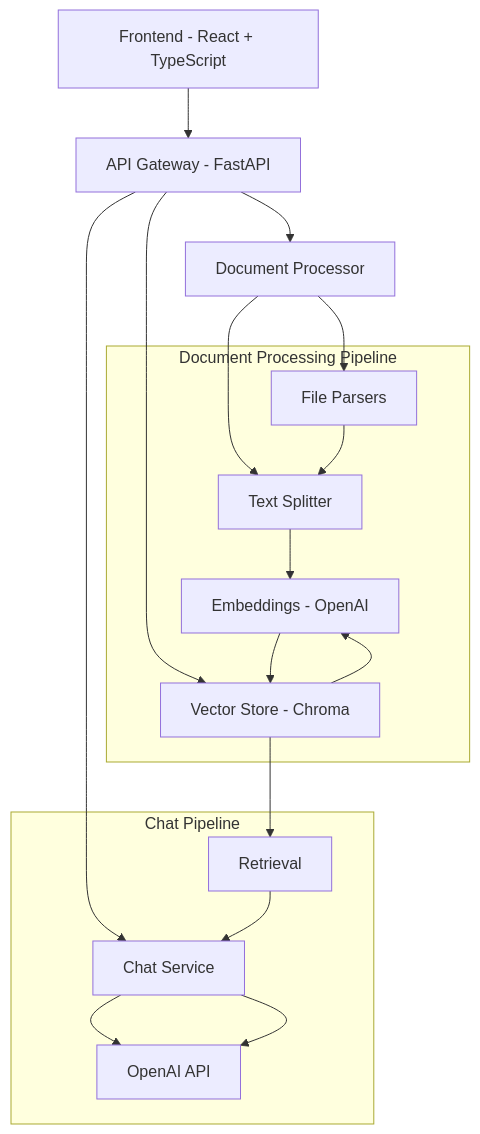
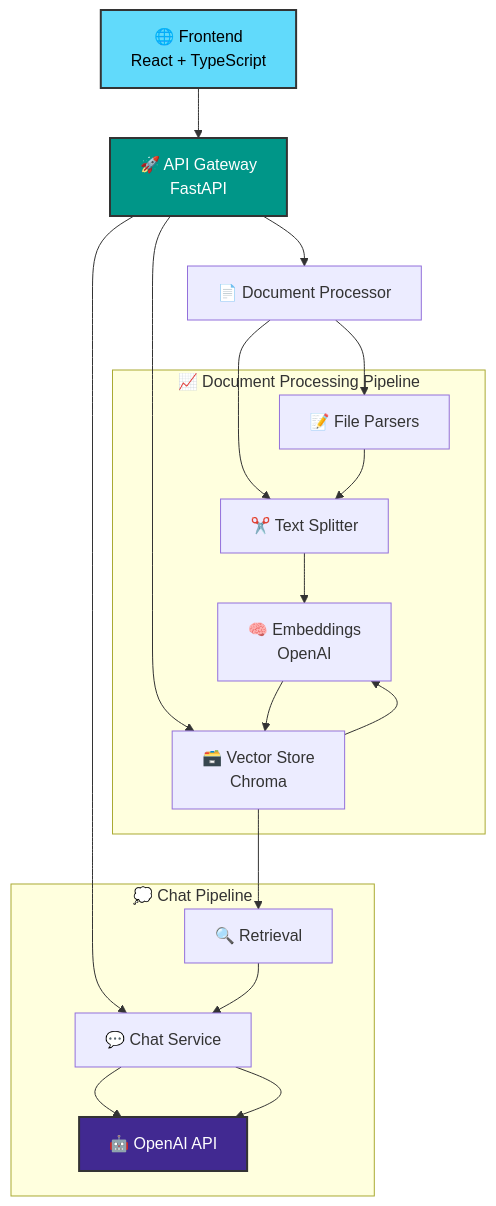
One commit to mrjawadhere/J-Docu-Chat changed the diagram in README.md. Above: the diagram before and after it, drawn with Mermaid. The commit also changed other lines of this file, not shown here.

````diff
--- a/README.md
+++ b/README.md
@@ -18,23 +70,27 @@
 ```mermaid
 graph TB
-    A[Frontend - React + TypeScript] --> B[API Gateway - FastAPI]
-    B --> C[Document Processor]
-    B --> D[Vector Store - Chroma]
-    B --> E[Chat Service]
-    C --> F[File Parsers]
-    C --> G[Text Splitter]
-    D --> H[Embeddings - OpenAI]
-    E --> I[OpenAI API]
+    A[🌐 Frontend<br/>React + TypeScript] --> B[🚀 API Gateway<br/>FastAPI]
+    B --> C[📄 Document Processor]
+    B --> D[🗃️ Vector Store<br/>Chroma]
+    B --> E[💬 Chat Service]
+    C --> F[📝 File Parsers]
+    C --> G[✂️ Text Splitter]
+    D --> H[🧠 Embeddings<br/>OpenAI]
+    E --> I[🤖 OpenAI API]
     
-    subgraph "Document Processing Pipeline"
+    subgraph "📈 Document Processing Pipeline"
         F --> G
         G --> H
         H --> D
     end
     
-    subgraph "Chat Pipeline"
-        D --> J[Retrieval]
+    subgraph "💭 Chat Pipeline"
+        D --> J[🔍 Retrieval]
         J --> E
         E --> I
     end
+    
+    style A fill:#61DAFB,stroke:#333,stroke-width:2px,color:#000
+    style B fill:#009688,stroke:#333,stroke-width:2px,color:#fff
+    style I fill:#412991,stroke:#333,stroke-width:2px,color:#fff
 ```
````
